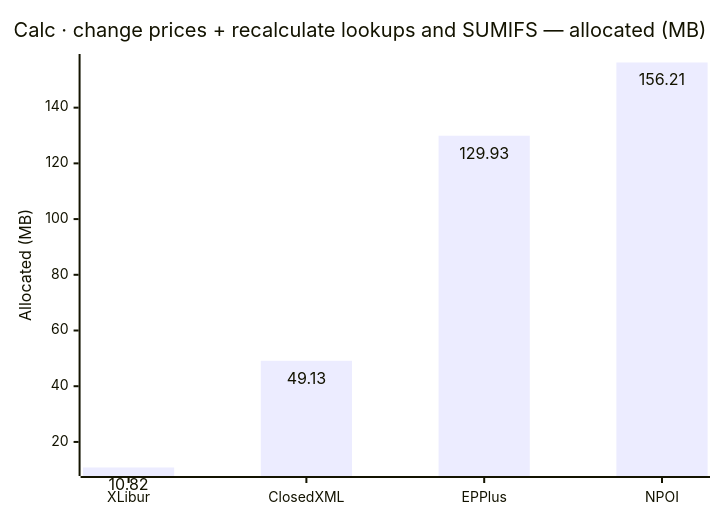
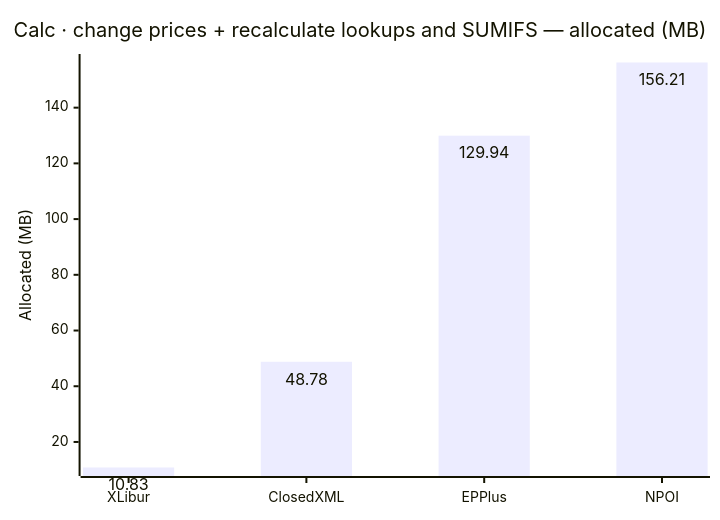
One commit to jafin/XLBench changed diagram 16 of 18 in docs/results-ci.md. Above: the diagram before and after it, drawn with Mermaid. The commit also changed other lines of this file, not shown here.

````diff
--- a/docs/results-ci.md
+++ b/docs/results-ci.md
@@ -238,12 +238,12 @@
 ```mermaid
 ---
 config:
   xyChart:
     showDataLabel: true
 ---
 xychart-beta
     title "Calc · change prices + recalculate lookups and SUMIFS — allocated (MB)"
     x-axis ["XLibur", "ClosedXML", "EPPlus", "NPOI"]
     y-axis "Allocated (MB)"
-    bar [10.82, 49.13, 129.93, 156.21]
+    bar [10.83, 48.78, 129.94, 156.21]
 ```
````
